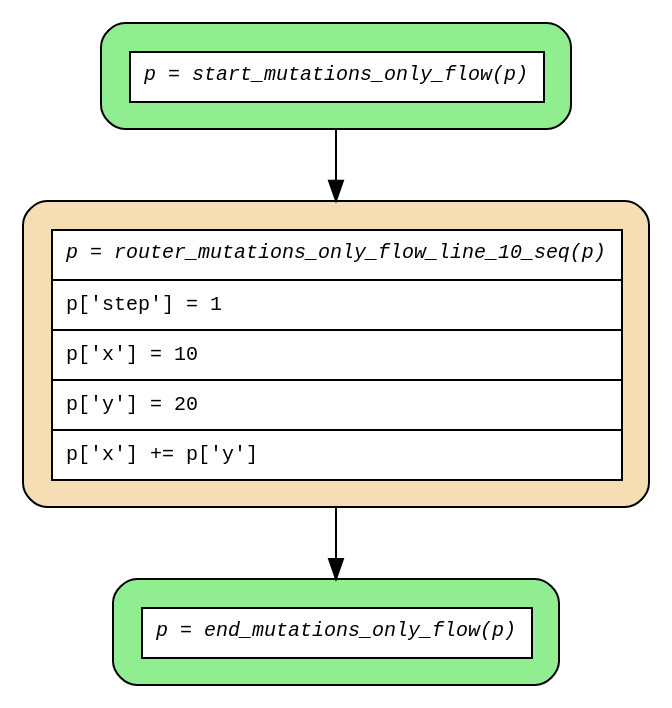
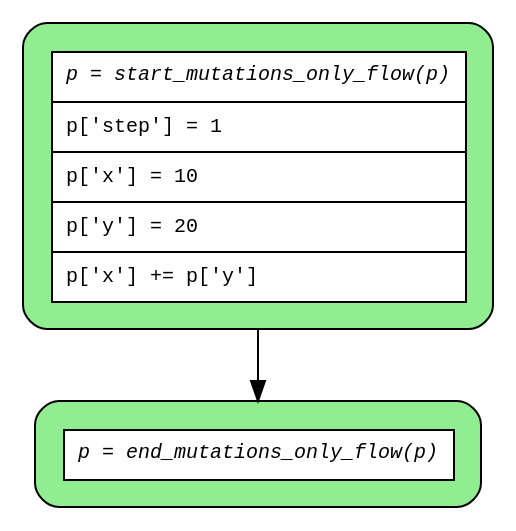
Before and after one commit to deliveryhero/asya: the diagram in examples/flows/compiled/mutations_only/flow.dot, drawn with Graphviz. The commit also changed 21 other files, not shown here.

Commit message:
Add mutations to start_* and make proper except flow

```diff
--- a/examples/flows/compiled/mutations_only/flow.dot
+++ b/examples/flows/compiled/mutations_only/flow.dot
@@ -1,13 +1,11 @@
 digraph flow {
   rankdir=TB;
   graph [fontname="Courier", fontsize=10];
   node [fontname="Courier", fontsize=10, shape=box, style="filled,rounded", margin="0.2"];
   edge [fontname="Courier", fontsize=10];
 
-  start_mutations_only_flow [fillcolor="lightgreen", group="main", label=<<table border="0" cellspacing="0" cellpadding="6" cellborder="1"><tr><td bgcolor="white" align="center"><i>p = start_mutations_only_flow(p)</i></td></tr></table>>];
-  router_mutations_only_flow_line_10_seq [fillcolor="wheat", group="main", label=<<table border="0" cellspacing="0" cellpadding="6" cellborder="1"><tr><td bgcolor="white" align="center"><i>p = router_mutations_only_flow_line_10_seq(p)</i></td></tr><tr><td bgcolor="white" align="left">p['step'] = 1</td></tr><tr><td bgcolor="white" align="left">p['x'] = 10</td></tr><tr><td bgcolor="white" align="left">p['y'] = 20</td></tr><tr><td bgcolor="white" align="left">p['x'] += p['y']</td></tr></table>>];
+  start_mutations_only_flow [fillcolor="lightgreen", group="main", label=<<table border="0" cellspacing="0" cellpadding="6" cellborder="1"><tr><td bgcolor="white" align="center"><i>p = start_mutations_only_flow(p)</i></td></tr><tr><td bgcolor="white" align="left">p['step'] = 1</td></tr><tr><td bgcolor="white" align="left">p['x'] = 10</td></tr><tr><td bgcolor="white" align="left">p['y'] = 20</td></tr><tr><td bgcolor="white" align="left">p['x'] += p['y']</td></tr></table>>];
   end_mutations_only_flow [fillcolor="lightgreen", group="main", label=<<table border="0" cellspacing="0" cellpadding="6" cellborder="1"><tr><td bgcolor="white" align="center"><i>p = end_mutations_only_flow(p)</i></td></tr></table>>];
 
-  router_mutations_only_flow_line_10_seq -> end_mutations_only_flow;
-  start_mutations_only_flow -> router_mutations_only_flow_line_10_seq;
+  start_mutations_only_flow -> end_mutations_only_flow;
 }
```
